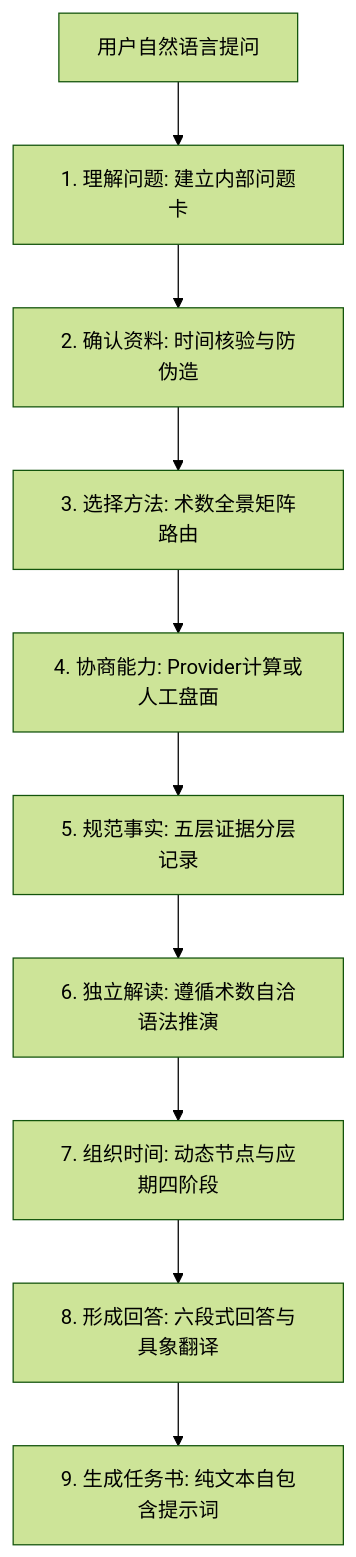
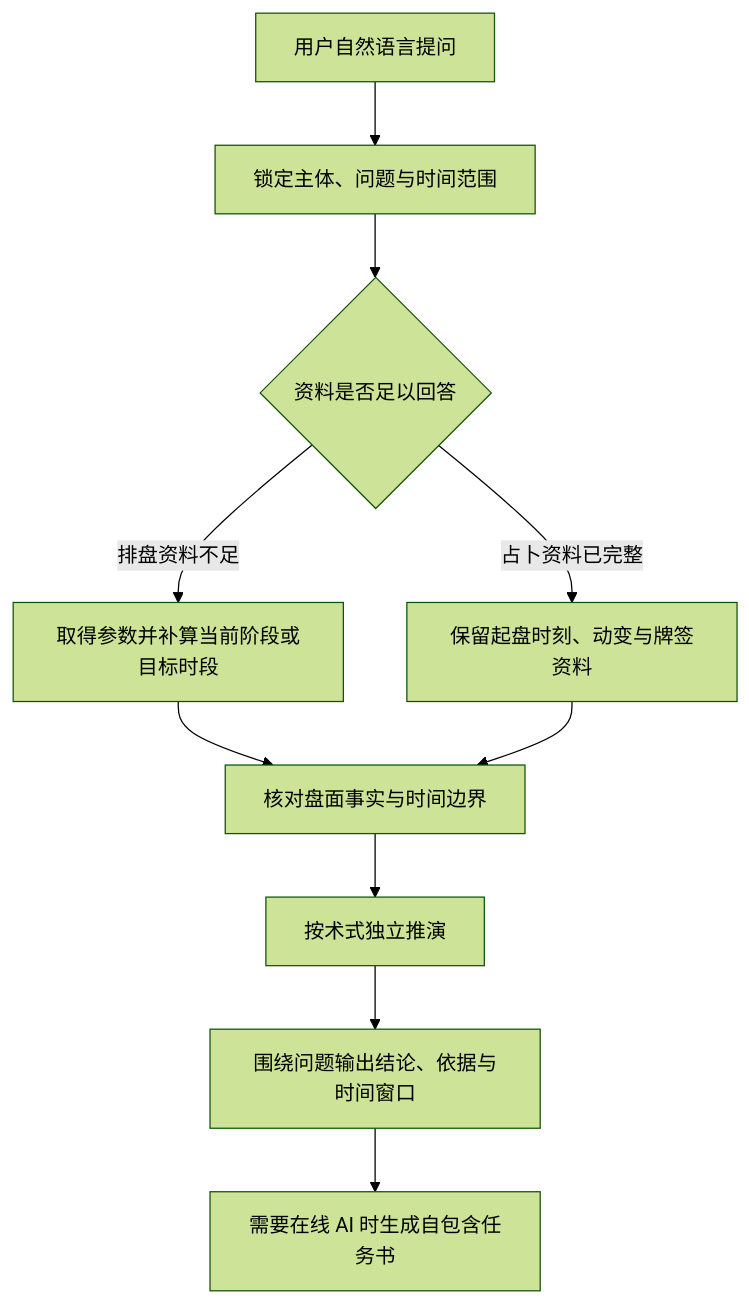
The diagram in public/skills/mingyu/SKILL.md (Brhiza/mingyu), drawn with Mermaid (forest theme) before and after one commit. The commit also changed other lines of this file and 28 other files, not shown here.

````diff
--- a/public/skills/mingyu/SKILL.md
+++ b/public/skills/mingyu/SKILL.md
@@ -18,12 +18,12 @@
 ```mermaid
 flowchart TD
-    A[用户自然语言提问] --> B[1. 理解问题: 建立内部问题卡]
-    B --> C[2. 确认资料: 时间核验与防伪造]
-    C --> D[3. 选择方法: 术数全景矩阵路由]
-    D --> E[4. 协商能力: Provider计算或人工盘面]
-    E --> F[5. 规范事实: 五层证据分层记录]
-    F --> G[6. 独立解读: 遵循术数自洽语法推演]
-    G --> H[7. 组织时间: 动态节点与应期四阶段]
-    H --> I[8. 形成回答: 六段式回答与具象翻译]
-    I --> J[9. 生成任务书: 纯文本自包含提示词]
+    A[用户自然语言提问] --> B[锁定主体、问题与时间范围]
+    B --> C{资料是否足以回答}
+    C -->|排盘资料不足| D[取得参数并补算当前阶段或目标时段]
+    C -->|占卜资料已完整| E[保留起盘时刻、动变与牌签资料]
+    D --> F[核对盘面事实与时间边界]
+    E --> F
+    F --> G[按术式独立推演]
+    G --> H[围绕问题输出结论、依据与时间窗口]
+    H --> I[需要在线 AI 时生成自包含任务书]
 ```
````
